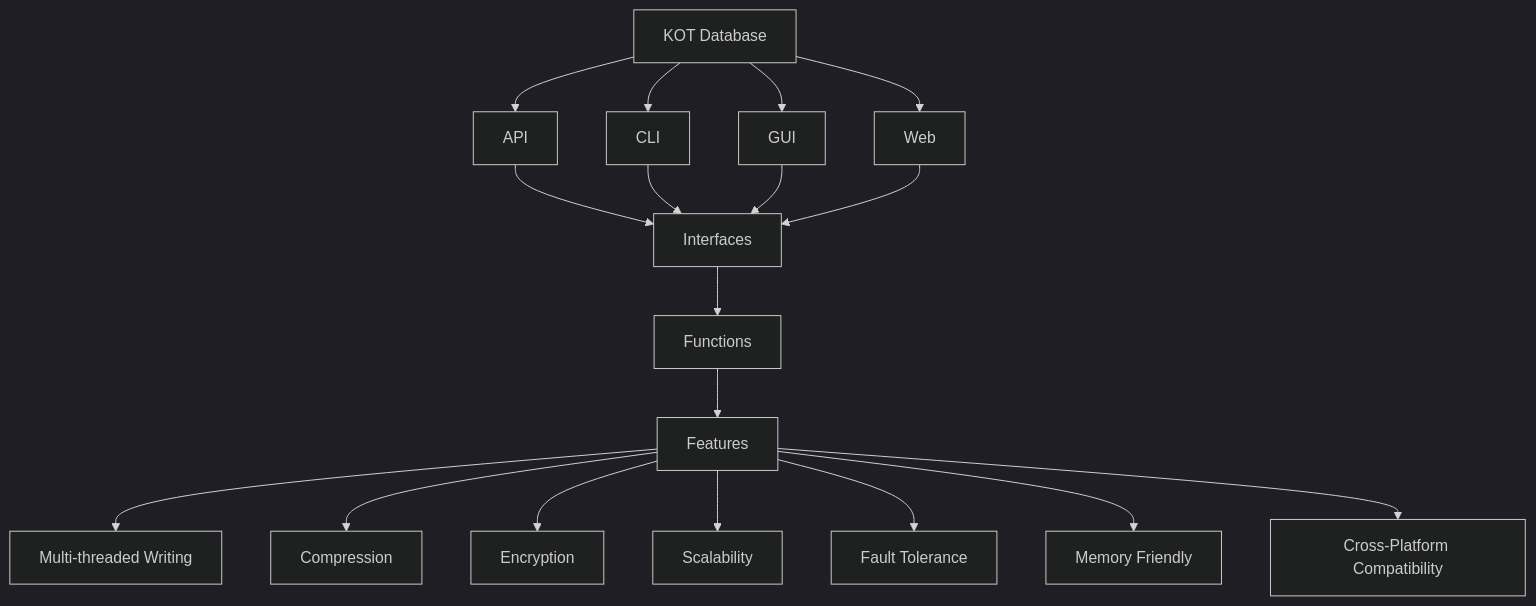
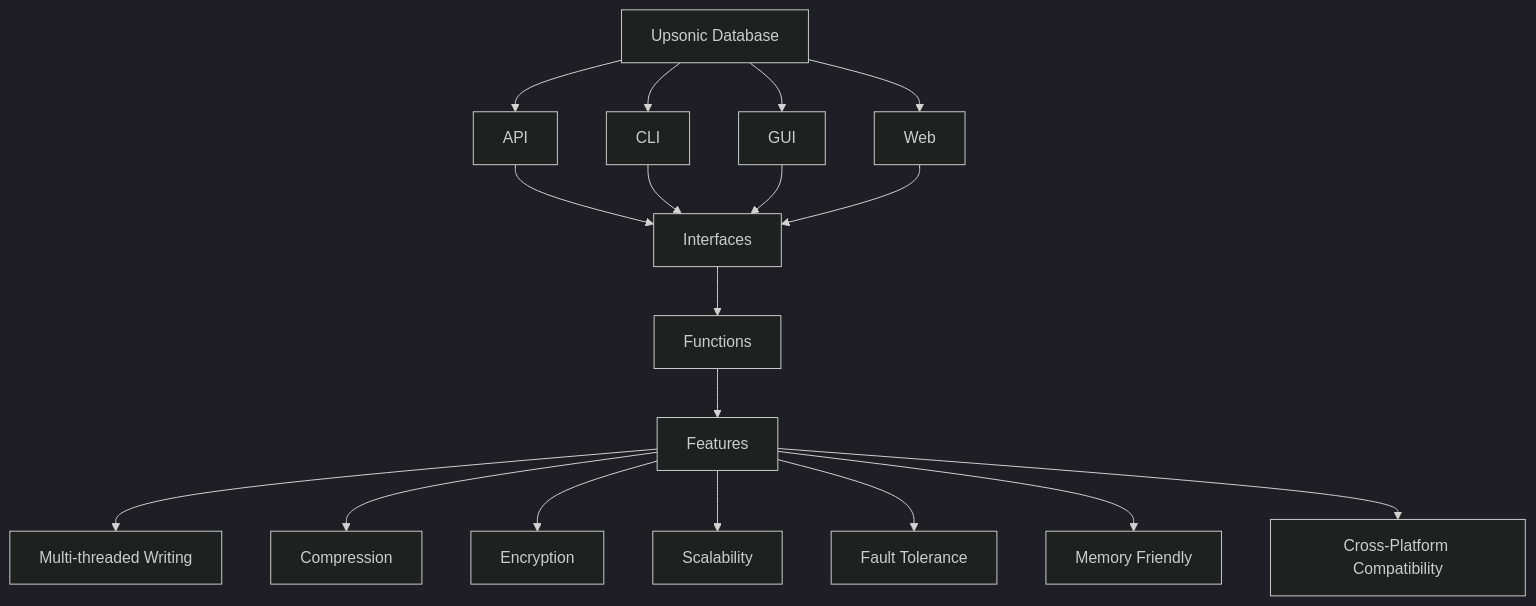
The diagram in README.md (Upsonic/KOT), drawn with Mermaid (dark theme) before and after one commit. The commit also changed other lines of this file and 39 other files, not shown here.

````diff
--- a/README.md
+++ b/README.md
@@ -112,27 +112,27 @@
 ```mermaid
 graph TD;
-    A[KOT Database];
+    A[Upsonic Database];
 
     A --> O[API];
     A --> P[CLI];
     A --> Q[GUI];
     A --> R[Web];
     O --> N[Interfaces];
     P --> N[Interfaces];
     Q --> N[Interfaces];
     R --> N[Interfaces];
 
     N --> J[Functions];
 
 
     J --> B[Features];
     B --> C[Multi-threaded Writing];
     B --> D[Compression];
     B --> E[Encryption];
     B --> F[Scalability];
     B --> G[Fault Tolerance];
     B --> H[Memory Friendly];
     B --> I[Cross-Platform Compatibility];
 
 
 ```
````
